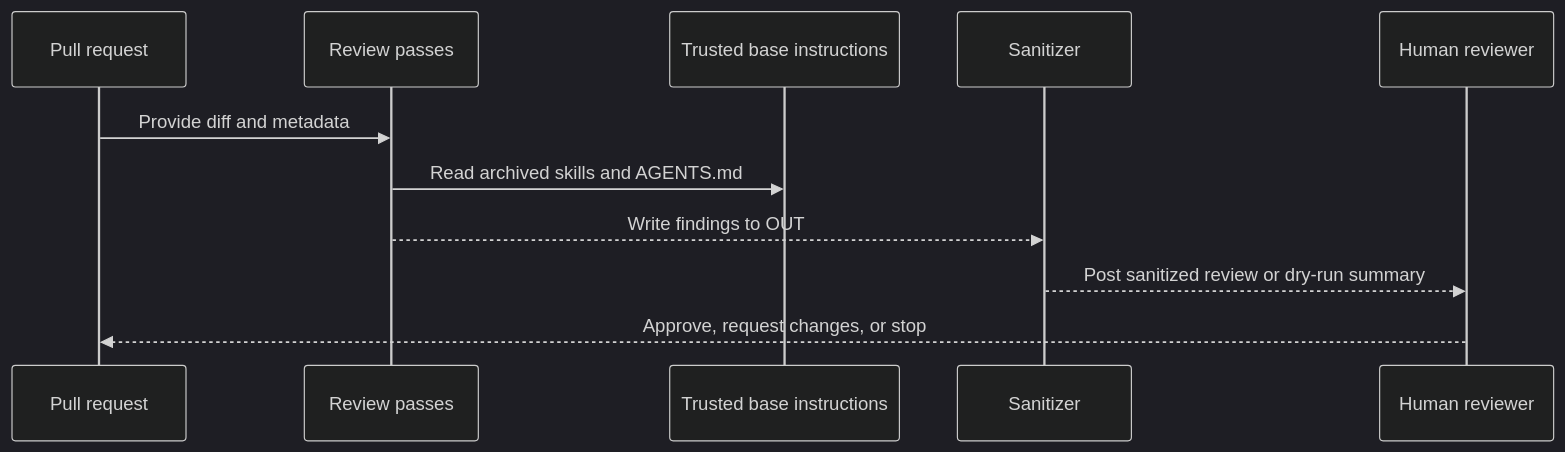
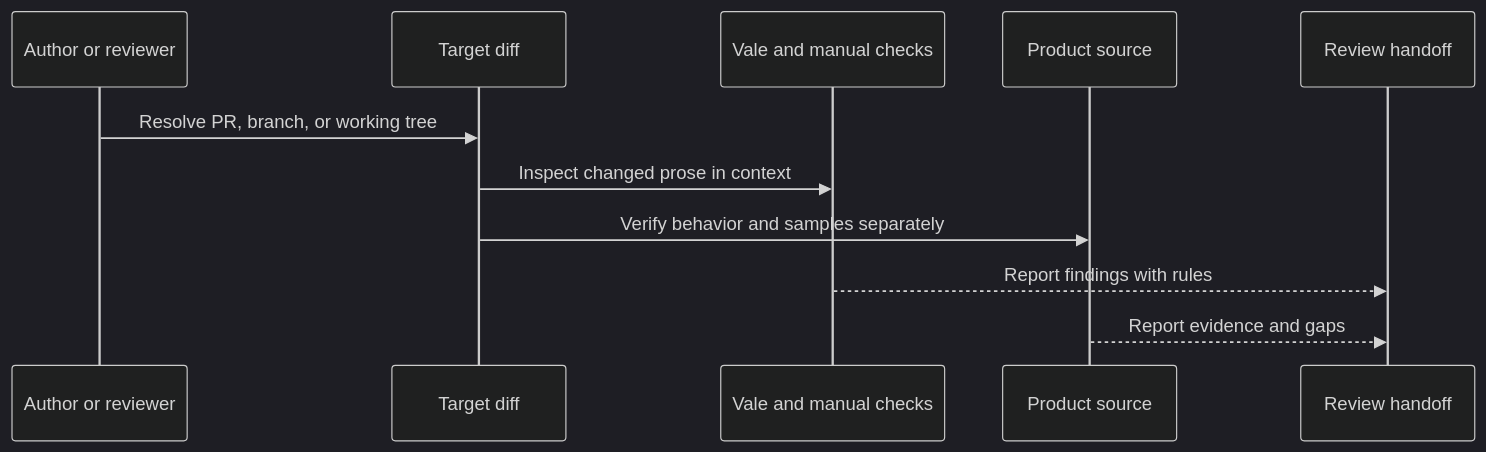
The second of 2 diagrams in openwiki/operations/agent-skills.md (langchain-ai/docs), drawn with Mermaid (dark theme) before and after one commit. The commit also changed other lines of this file and 42 other files, not shown here.

````diff
--- a/openwiki/operations/agent-skills.md
+++ b/openwiki/operations/agent-skills.md
@@ -107,13 +103,13 @@
 ```mermaid
 sequenceDiagram
-  participant PR as Pull request
-  participant Review as Review passes
-  participant Source as Trusted base instructions
-  participant Sanitize as Sanitizer
-  participant Human as Human reviewer
-  PR->>Review: Provide diff and metadata
-  Review->>Source: Read archived skills and AGENTS.md
-  Review-->>Sanitize: Write findings to OUT
-  Sanitize-->>Human: Post sanitized review or dry-run summary
-  Human-->>PR: Approve, request changes, or stop
+  participant Author as Author or reviewer
+  participant Diff as Target diff
+  participant Vale as Vale and manual checks
+  participant Source as Product source
+  participant Handoff as Review handoff
+  Author->>Diff: Resolve PR, branch, or working tree
+  Diff->>Vale: Inspect changed prose in context
+  Diff->>Source: Verify behavior and samples separately
+  Vale-->>Handoff: Report findings with rules
+  Source-->>Handoff: Report evidence and gaps
 ```
````
